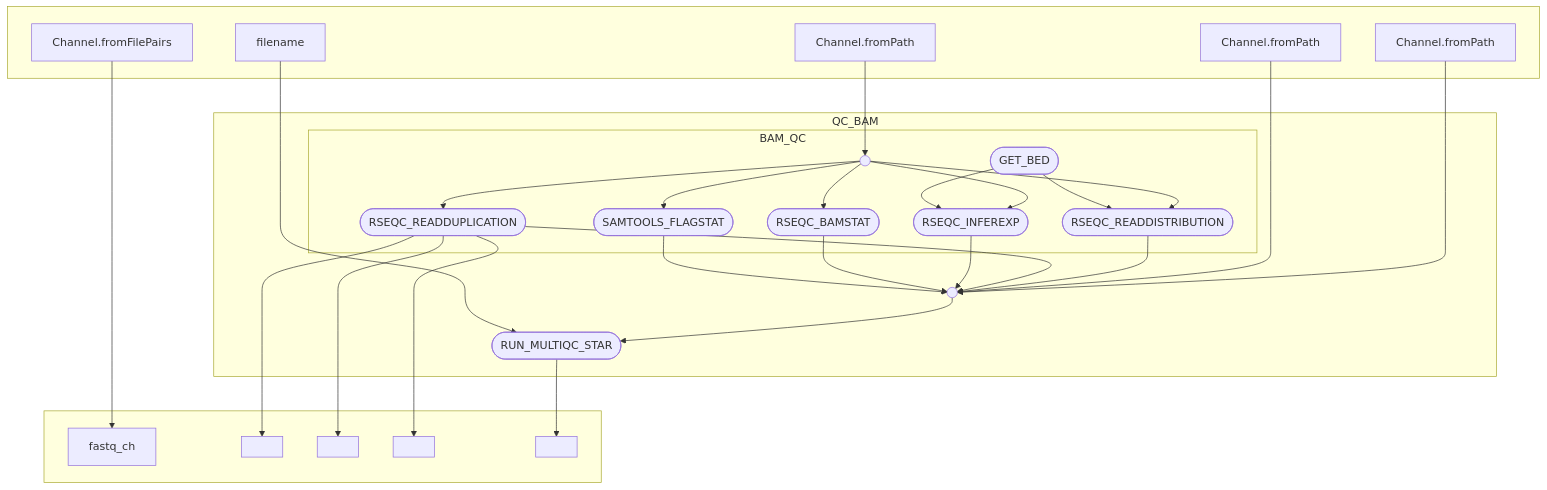
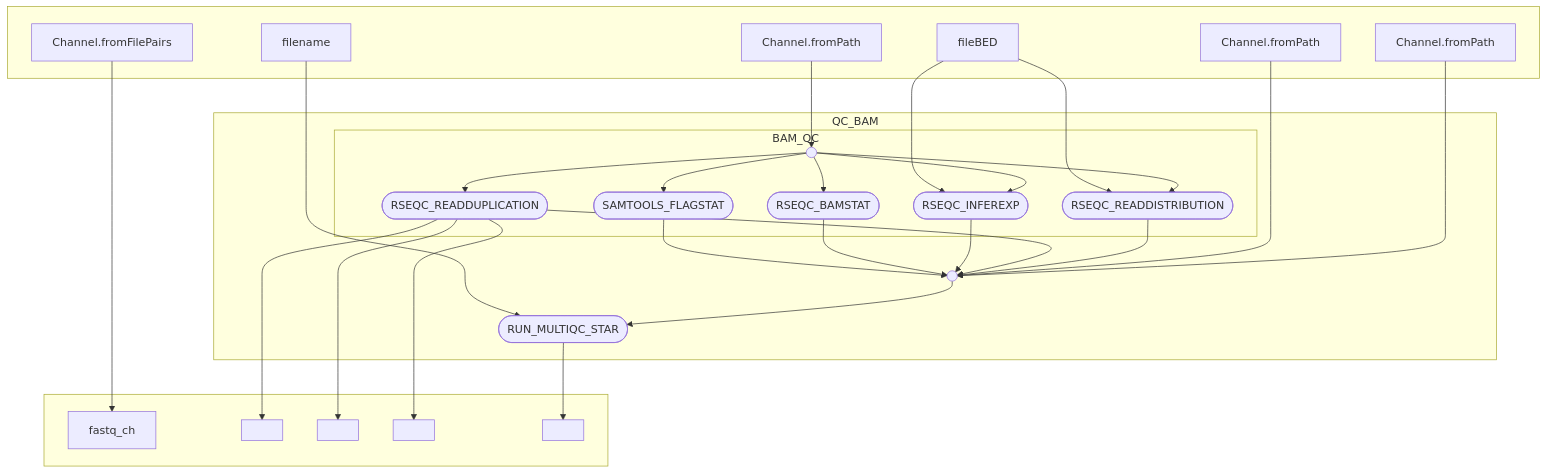
Before and after one commit to tansey-lab/nf-rnaseq: the fourth of 4 diagrams in nextflow/README.md, drawn with Mermaid. The commit also changed other lines of this file, not shown here.

````diff
--- a/nextflow/README.md
+++ b/nextflow/README.md
@@ -124,52 +121,52 @@
 ```mermaid
 flowchart TB
     subgraph " "
     v0["Channel.fromFilePairs"]
     v2["Channel.fromPath"]
     v13["Channel.fromPath"]
     v14["Channel.fromPath"]
     v22["filename"]
+    v4["fileBED"]
     end
     subgraph " "
     v1["fastq_ch"]
     v9[" "]
     v10[" "]
     v11[" "]
     v24[" "]
     end
     subgraph QC_BAM
     subgraph BAM_QC
-    v4([GET_BED])
     v5([SAMTOOLS_FLAGSTAT])
     v6([RSEQC_BAMSTAT])
     v7([RSEQC_INFEREXP])
     v8([RSEQC_READDUPLICATION])
     v12([RSEQC_READDISTRIBUTION])
     v3(( ))
     end
     v23([RUN_MULTIQC_STAR])
     v15(( ))
     end
     v0 --> v1
     v2 --> v3
     v4 --> v7
     v4 --> v12
     v3 --> v5
     v5 --> v15
     v3 --> v6
     v6 --> v15
     v3 --> v7
     v7 --> v15
     v3 --> v8
     v8 --> v11
     v8 --> v10
     v8 --> v9
     v8 --> v15
     v3 --> v12
     v12 --> v15
     v13 --> v15
     v14 --> v15
     v22 --> v23
     v15 --> v23
     v23 --> v24
 ```
````
